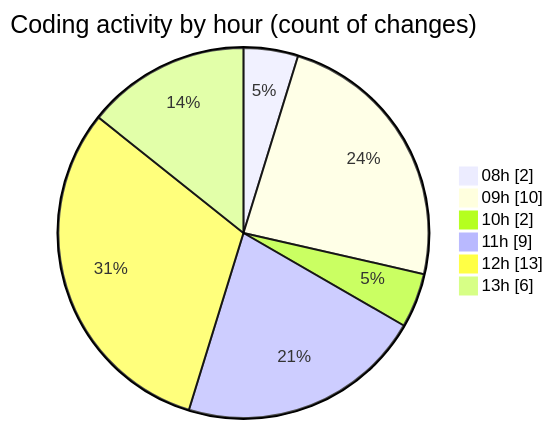
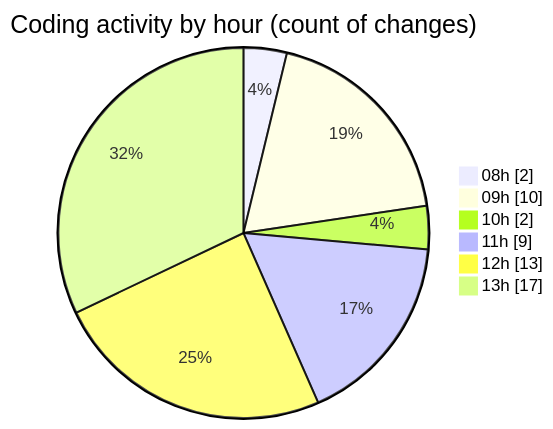
The second of 2 diagrams in 2025-05-30/cda/README.md (momahboobian/code-tracking), drawn with Mermaid before and after one commit. The commit also changed other lines of this file and 1 other file, not shown here.

````diff
--- a/2025-05-30/cda/README.md
+++ b/2025-05-30/cda/README.md
@@ -36,10 +38,10 @@
 ```mermaid
 pie showData
 title Coding activity by hour (count of changes)
 "08h" : 2
 "09h" : 10
 "10h" : 2
 "11h" : 9
 "12h" : 13
-"13h" : 6
+"13h" : 17
 ```
````
